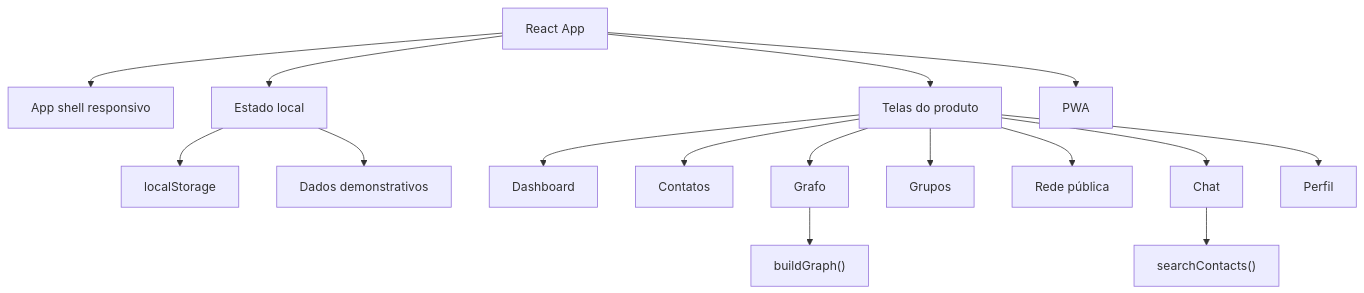
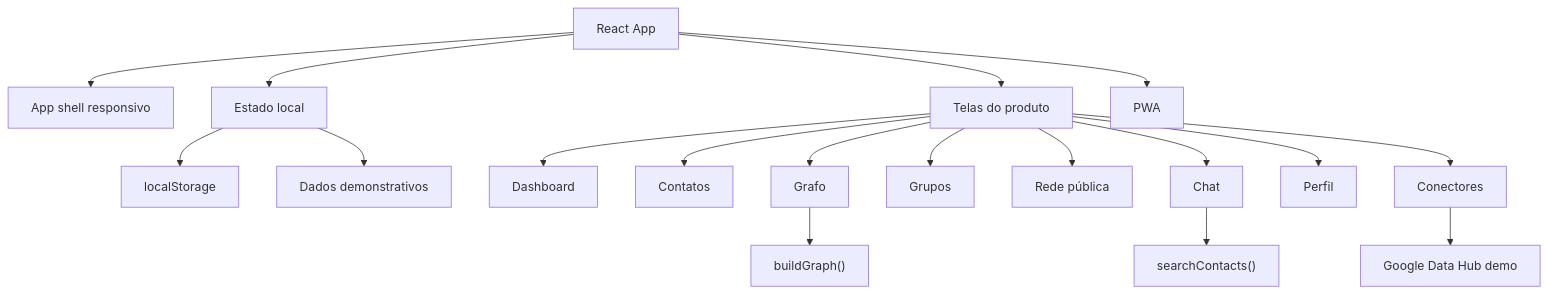
The first of 3 diagrams in docs/guides/architecture.md (Leninn-Marinho-Rodrigues/grafy-cogmo-prototype), drawn with Mermaid before and after one commit. The commit also changed other lines of this file and 8 other files, not shown here.

Commit message:
Add Google data hub prototype flow

````diff
--- a/docs/guides/architecture.md
+++ b/docs/guides/architecture.md
@@ -9,21 +9,23 @@
 ```mermaid
 flowchart TB
   App["React App"] --> Shell["App shell responsivo"]
   App --> Screens["Telas do produto"]
   App --> State["Estado local"]
   App --> PWA["PWA"]
 
   State --> LocalStorage["localStorage"]
   State --> Seed["Dados demonstrativos"]
 
   Screens --> Dashboard["Dashboard"]
   Screens --> Contacts["Contatos"]
   Screens --> Graph["Grafo"]
   Screens --> Groups["Grupos"]
   Screens --> Public["Rede pública"]
   Screens --> Chat["Chat"]
   Screens --> Profile["Perfil"]
+  Screens --> Integrations["Conectores"]
 
   Graph --> GraphBuilder["buildGraph()"]
   Chat --> Search["searchContacts()"]
+  Integrations --> GoogleHub["Google Data Hub demo"]
 ```
````
